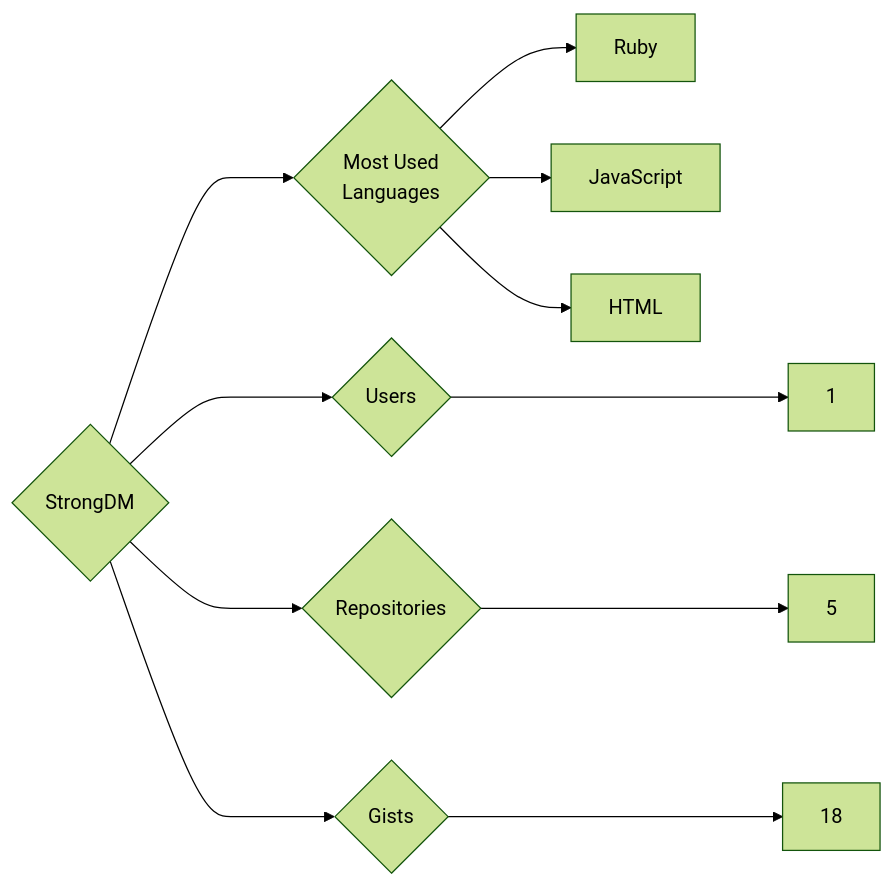
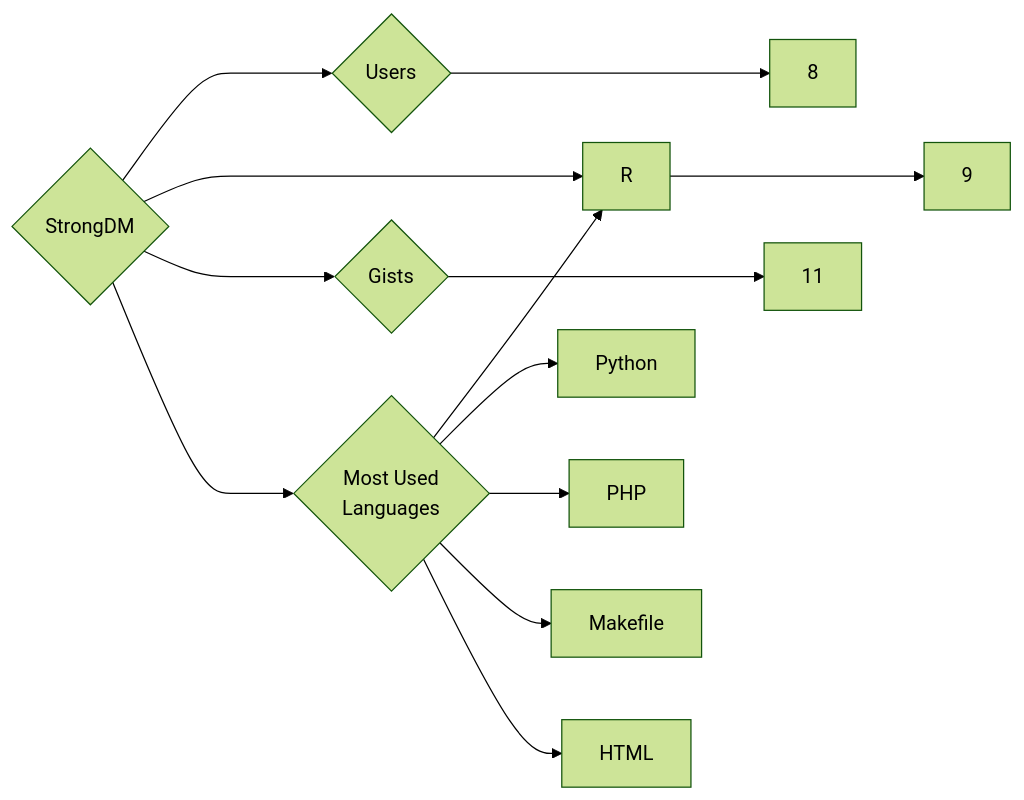
Before and after one commit to trickest/insiders: the diagram in targets/StrongDM/README.md, drawn with Mermaid (forest theme). The commit also changed 765 other files, not shown here.

````diff
--- a/targets/StrongDM/README.md
+++ b/targets/StrongDM/README.md
@@ -3,11 +3,13 @@
 ```mermaid
 graph LR
 COMPANY_NAME{StrongDM}
-COMPANY_NAME ---> U{Users} ---> UN[1]
-COMPANY_NAME ---> R{Repositories} ---> RN[5]
-COMPANY_NAME ---> G{Gists} ---> GN[18]
+COMPANY_NAME ---> U{Users} ---> UN[8]
+COMPANY_NAME ---> R{Repositories} ---> RN[9]
+COMPANY_NAME ---> G{Gists} ---> GN[11]
 COMPANY_NAME ---> ML{Most Used<br>Languages}
-ML --> Ruby[Ruby]
-ML --> JavaScript[JavaScript]
+ML --> R[R]
+ML --> Python[Python]
+ML --> PHP[PHP]
+ML --> Makefile[Makefile]
 ML --> HTML[HTML]
 ```
````
